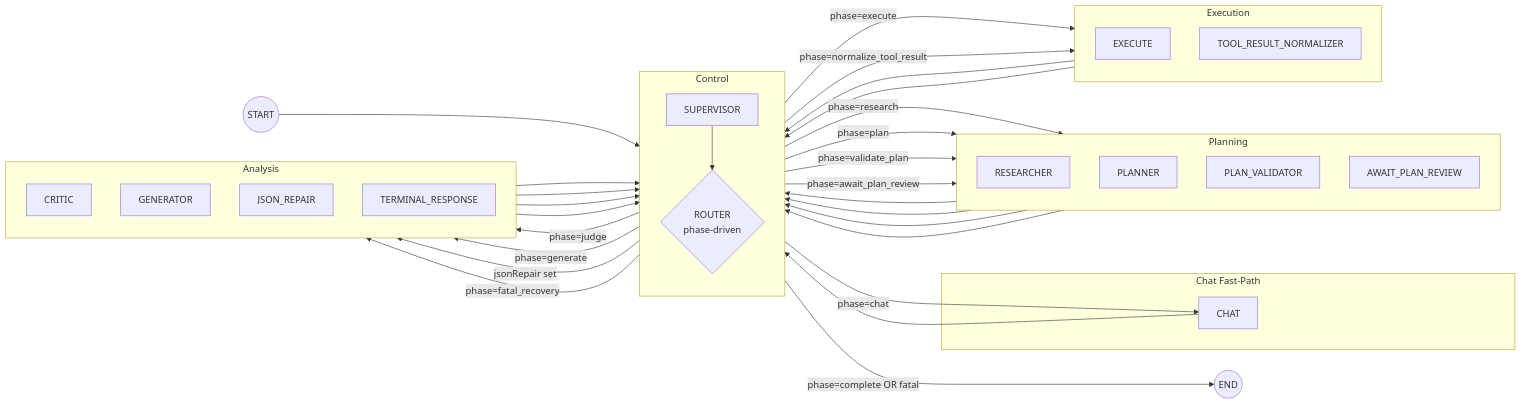
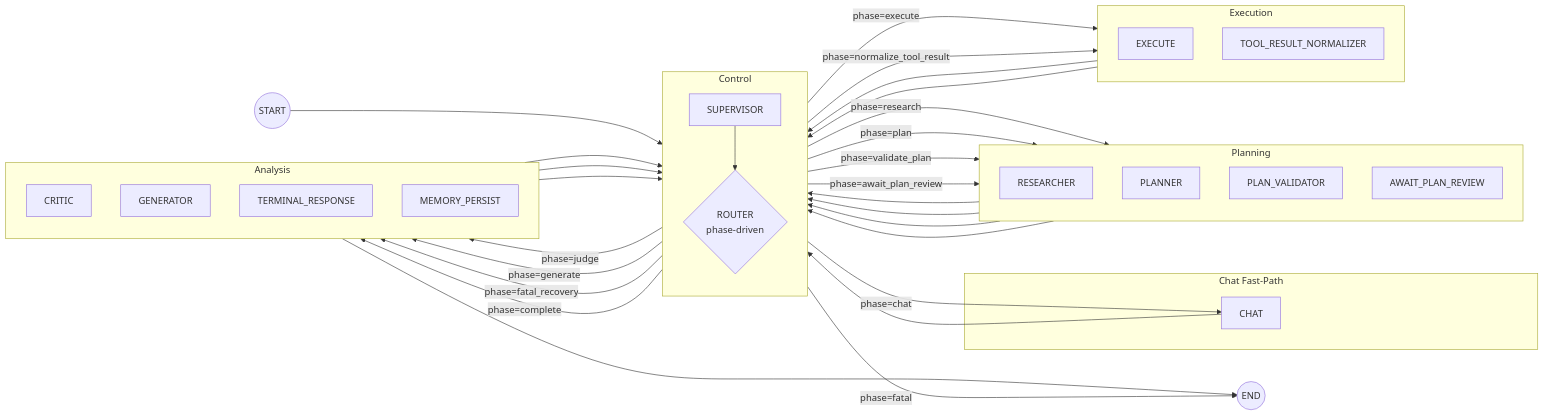
The diagram in README.md (matanew1/nest-langgraph-ai), drawn with Mermaid before and after one commit. The commit also changed other lines of this file and 38 other files, not shown here.

````diff
--- a/README.md
+++ b/README.md
@@ -56,51 +56,51 @@
 ```mermaid
 flowchart LR
   START((START))
   END((END))
 
   subgraph Control["Control"]
     direction TB
     SUPERVISOR[SUPERVISOR]
     ROUTER{ROUTER\nphase-driven}
   end
 
   subgraph Chat["Chat Fast-Path"]
     CHAT[CHAT]
   end
 
   subgraph Planning["Planning"]
     direction TB
     RESEARCHER[RESEARCHER]
     PLANNER[PLANNER]
     PLAN_VALIDATOR[PLAN_VALIDATOR]
     AWAIT_REVIEW[AWAIT_PLAN_REVIEW]
   end
 
   subgraph Execution["Execution"]
     direction TB
     EXECUTE[EXECUTE]
     NORMALIZER[TOOL_RESULT_NORMALIZER]
   end
 
   subgraph Analysis["Analysis"]
     direction TB
     CRITIC[CRITIC]
     GENERATOR[GENERATOR]
-    JSON_REPAIR[JSON_REPAIR]
     TERMINAL[TERMINAL_RESPONSE]
+    MEMORY[MEMORY_PERSIST]
   end
 
   START --> SUPERVISOR --> ROUTER
   ROUTER -->|phase=chat| CHAT --> ROUTER
   ROUTER -->|phase=research| RESEARCHER --> ROUTER
   ROUTER -->|phase=plan| PLANNER --> ROUTER
   ROUTER -->|phase=validate_plan| PLAN_VALIDATOR --> ROUTER
   ROUTER -->|phase=await_plan_review| AWAIT_REVIEW --> ROUTER
   ROUTER -->|phase=execute| EXECUTE --> ROUTER
   ROUTER -->|phase=normalize_tool_result| NORMALIZER --> ROUTER
   ROUTER -->|phase=judge| CRITIC --> ROUTER
   ROUTER -->|phase=generate| GENERATOR --> ROUTER
-  ROUTER -->|jsonRepair set| JSON_REPAIR --> ROUTER
   ROUTER -->|phase=fatal_recovery| TERMINAL --> ROUTER
-  ROUTER -->|phase=complete OR fatal| END
+  ROUTER -->|phase=complete| MEMORY --> END
+  ROUTER -->|phase=fatal| END
 ```
````
